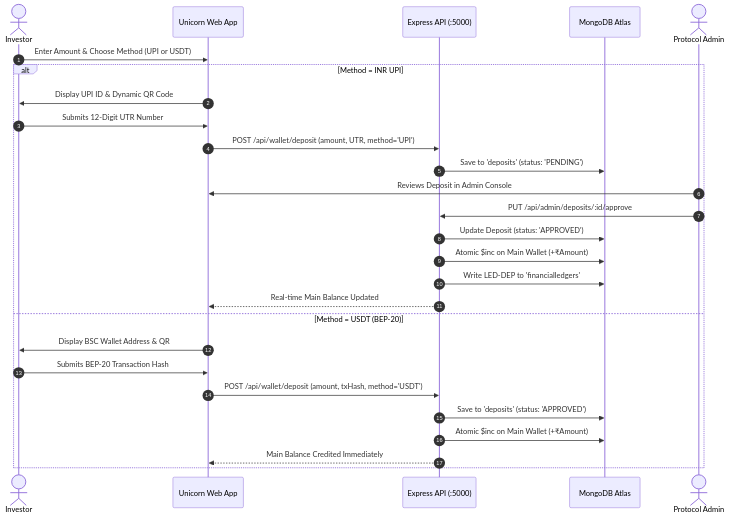
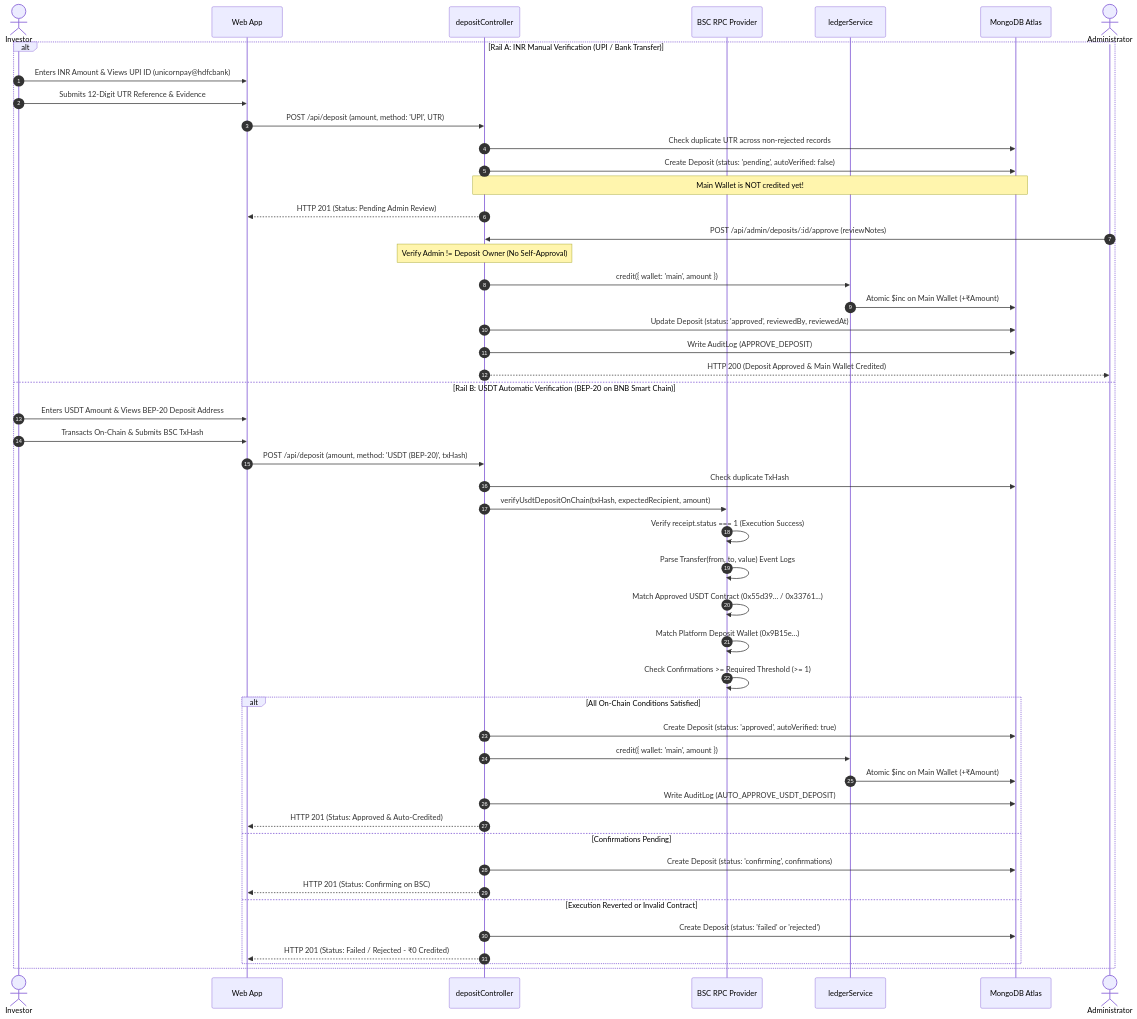
Before and after one commit to dharmikthanki12/Unicorn: the second of 4 diagrams in UNICORN_COMPLETE_SYSTEM_WORKFLOW.md, drawn with Mermaid. The commit also changed other lines of this file, not shown here.

````diff
--- a/UNICORN_COMPLETE_SYSTEM_WORKFLOW.md
+++ b/UNICORN_COMPLETE_SYSTEM_WORKFLOW.md
@@ -65,30 +142,52 @@
 ```mermaid
 sequenceDiagram
     autonumber
-    actor User as Investor
-    participant UI as Unicorn Web App
-    participant API as Express API (:5000)
+    actor Investor as Investor
+    participant Client as Web App
+    participant Controller as depositController
+    participant BSC as BSC RPC Provider
+    participant Ledger as ledgerService
     participant DB as MongoDB Atlas
-    actor Admin as Protocol Admin
+    actor Admin as Administrator
 
-    User->>UI: Enter Amount & Choose Method (UPI or USDT)
-    alt Method = INR UPI
-        UI->>User: Display UPI ID & Dynamic QR Code
-        User->>UI: Submits 12-Digit UTR Number
-        UI->>API: POST /api/wallet/deposit (amount, UTR, method='UPI')
-        API->>DB: Save to 'deposits' (status: 'PENDING')
-        Admin->>UI: Reviews Deposit in Admin Console
-        Admin->>API: PUT /api/admin/deposits/:id/approve
-        API->>DB: Update Deposit (status: 'APPROVED')
-        API->>DB: Atomic $inc on Main Wallet (+₹Amount)
-        API->>DB: Write LED-DEP to 'financialledgers'
-        API-->>UI: Real-time Main Balance Updated
-    else Method = USDT (BEP-20)
-        UI->>User: Display BSC Wallet Address & QR
-        User->>UI: Submits BEP-20 Transaction Hash
-        UI->>API: POST /api/wallet/deposit (amount, txHash, method='USDT')
-        API->>DB: Save to 'deposits' (status: 'APPROVED')
-        API->>DB: Atomic $inc on Main Wallet (+₹Amount)
-        API-->>UI: Main Balance Credited Immediately
+    alt Rail A: INR Manual Verification (UPI / Bank Transfer)
+        Investor->>Client: Enters INR Amount & Views UPI ID (unicornpay@hdfcbank)
+        Investor->>Client: Submits 12-Digit UTR Reference & Evidence
+        Client->>Controller: POST /api/deposit (amount, method: 'UPI', UTR)
+        Controller->>DB: Check duplicate UTR across non-rejected records
+        Controller->>DB: Create Deposit (status: 'pending', autoVerified: false)
+        Note over Controller,DB: Main Wallet is NOT credited yet!
+        Controller-->>Client: HTTP 201 (Status: Pending Admin Review)
+        Admin->>Controller: POST /api/admin/deposits/:id/approve (reviewNotes)
+        Note over Controller: Verify Admin != Deposit Owner (No Self-Approval)
+        Controller->>Ledger: credit({ wallet: 'main', amount })
+        Ledger->>DB: Atomic $inc on Main Wallet (+₹Amount)
+        Controller->>DB: Update Deposit (status: 'approved', reviewedBy, reviewedAt)
+        Controller->>DB: Write AuditLog (APPROVE_DEPOSIT)
+        Controller-->>Admin: HTTP 200 (Deposit Approved & Main Wallet Credited)
+    else Rail B: USDT Automatic Verification (BEP-20 on BNB Smart Chain)
+        Investor->>Client: Enters USDT Amount & Views BEP-20 Deposit Address
+        Investor->>Client: Transacts On-Chain & Submits BSC TxHash
+        Client->>Controller: POST /api/deposit (amount, method: 'USDT (BEP-20)', txHash)
+        Controller->>DB: Check duplicate TxHash
+        Controller->>BSC: verifyUsdtDepositOnChain(txHash, expectedRecipient, amount)
+        BSC->>BSC: Verify receipt.status === 1 (Execution Success)
+        BSC->>BSC: Parse Transfer(from, to, value) Event Logs
+        BSC->>BSC: Match Approved USDT Contract (0x55d39... / 0x33761...)
+        BSC->>BSC: Match Platform Deposit Wallet (0x9B15e...)
+        BSC->>BSC: Check Confirmations >= Required Threshold (>= 1)
+        alt All On-Chain Conditions Satisfied
+            Controller->>DB: Create Deposit (status: 'approved', autoVerified: true)
+            Controller->>Ledger: credit({ wallet: 'main', amount })
+            Ledger->>DB: Atomic $inc on Main Wallet (+₹Amount)
+            Controller->>DB: Write AuditLog (AUTO_APPROVE_USDT_DEPOSIT)
+            Controller-->>Client: HTTP 201 (Status: Approved & Auto-Credited)
+        else Confirmations Pending
+            Controller->>DB: Create Deposit (status: 'confirming', confirmations)
+            Controller-->>Client: HTTP 201 (Status: Confirming on BSC)
+        else Execution Reverted or Invalid Contract
+            Controller->>DB: Create Deposit (status: 'failed' or 'rejected')
+            Controller-->>Client: HTTP 201 (Status: Failed / Rejected - ₹0 Credited)
+        end
     end
 ```
````
